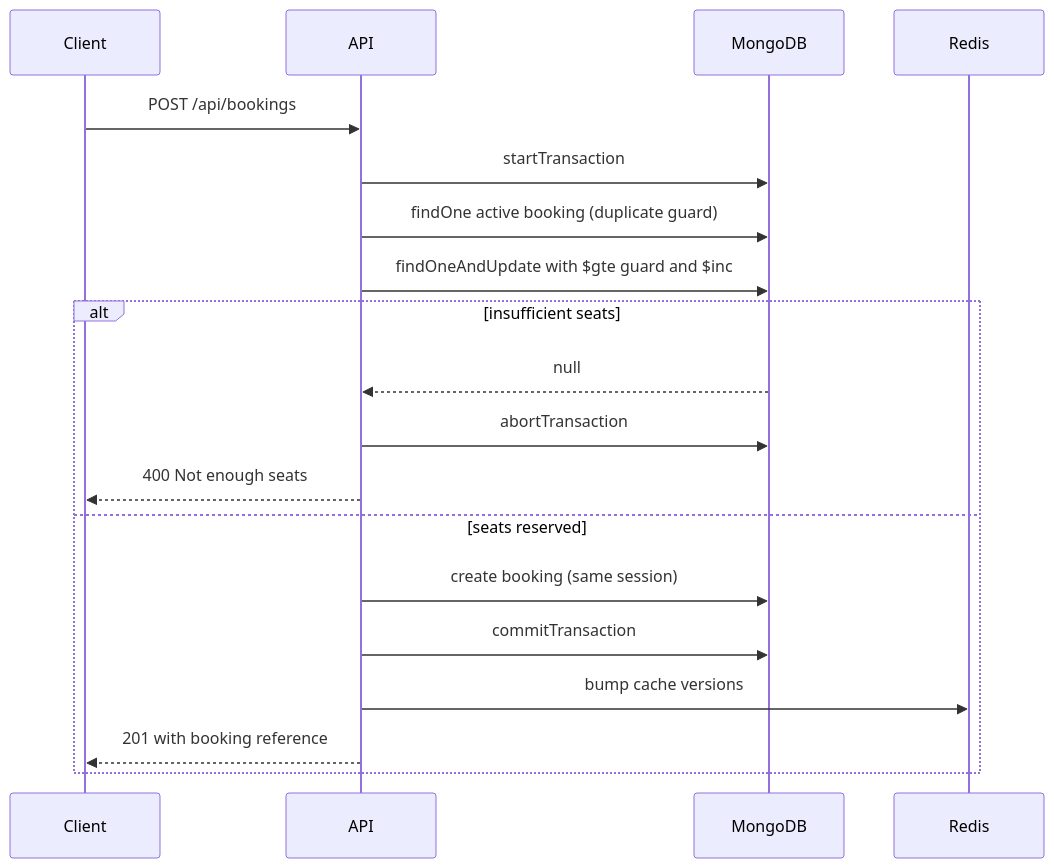
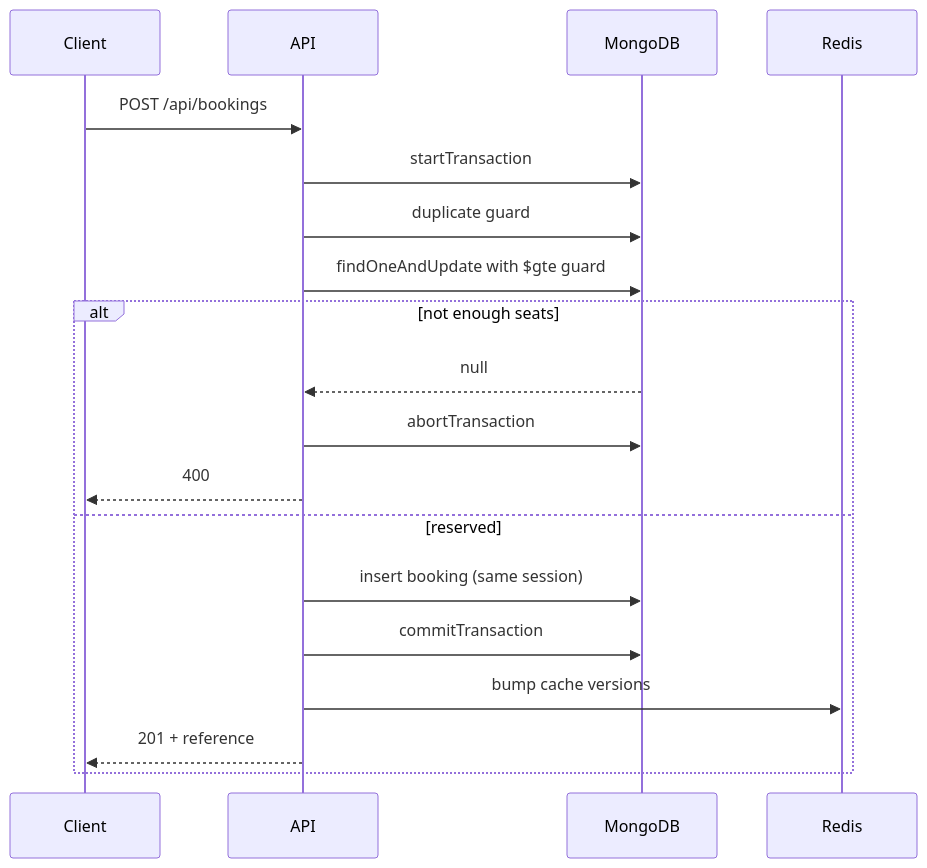
One commit to Mukund934/BookMyEvent changed the third of 4 diagrams in README.md. Above: the diagram before and after it, drawn with Mermaid. The commit also changed other lines of this file, not shown here.

````diff
--- a/README.md
+++ b/README.md
@@ -101,22 +226,22 @@
 ```mermaid
 sequenceDiagram
     participant C as Client
     participant A as API
     participant DB as MongoDB
     participant R as Redis
 
     C->>A: POST /api/bookings
     A->>DB: startTransaction
-    A->>DB: findOne active booking (duplicate guard)
-    A->>DB: findOneAndUpdate with $gte guard and $inc
-    alt insufficient seats
+    A->>DB: duplicate guard
+    A->>DB: findOneAndUpdate with $gte guard
+    alt not enough seats
         DB-->>A: null
         A->>DB: abortTransaction
-        A-->>C: 400 Not enough seats
-    else seats reserved
-        A->>DB: create booking (same session)
+        A-->>C: 400
+    else reserved
+        A->>DB: insert booking (same session)
         A->>DB: commitTransaction
         A->>R: bump cache versions
-        A-->>C: 201 with booking reference
+        A-->>C: 201 + reference
     end
 ```
````
